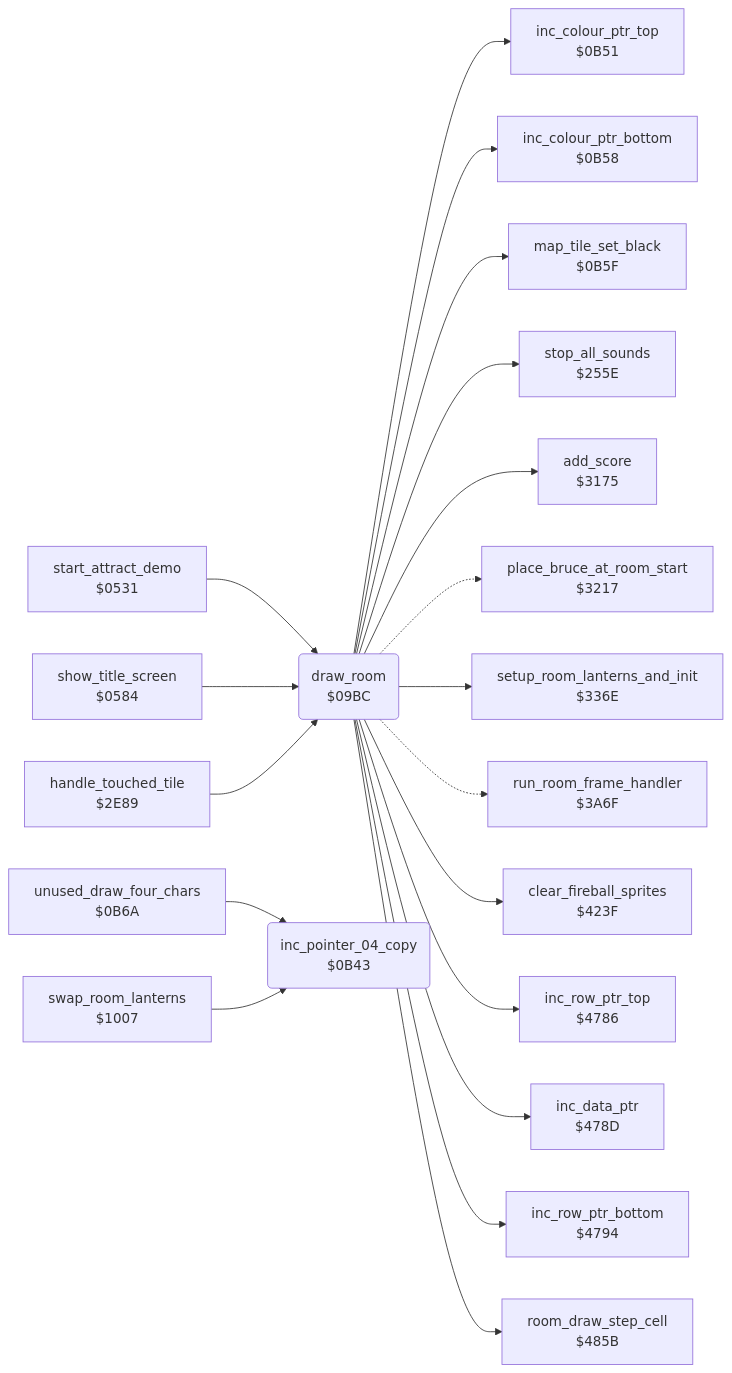
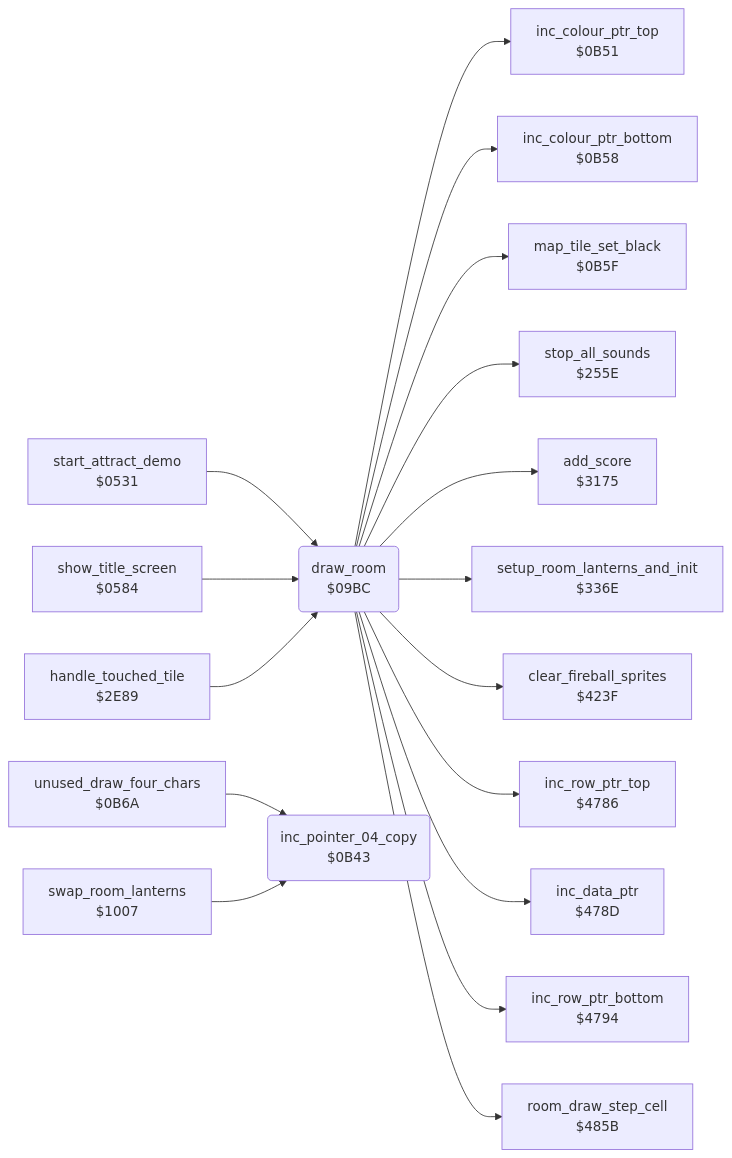
The diagram in bruce_lee/docs/reference/modules/room/draw_room.md (henols/c64_games), drawn with Mermaid before and after one commit. The commit also changed other lines of this file and 236 other files, not shown here.

First line of the commit message:
Bruce Lee: rework to recordings and replays, and the room-change freeze of the original

````diff
--- a/bruce_lee/docs/reference/modules/room/draw_room.md
+++ b/bruce_lee/docs/reference/modules/room/draw_room.md
@@ -10,41 +17,37 @@
 ```mermaid
 flowchart LR
   n0531["start_attract_demo<br/>$0531"]
   n0584["show_title_screen<br/>$0584"]
   n09bc("draw_room<br/>$09BC")
   n0b43("inc_pointer_04_copy<br/>$0B43")
   n0b51["inc_colour_ptr_top<br/>$0B51"]
   n0b58["inc_colour_ptr_bottom<br/>$0B58"]
   n0b5f["map_tile_set_black<br/>$0B5F"]
   n0b6a["unused_draw_four_chars<br/>$0B6A"]
   n1007["swap_room_lanterns<br/>$1007"]
   n255e["stop_all_sounds<br/>$255E"]
   n2e89["handle_touched_tile<br/>$2E89"]
   n3175["add_score<br/>$3175"]
-  n3217["place_bruce_at_room_start<br/>$3217"]
   n336e["setup_room_lanterns_and_init<br/>$336E"]
-  n3a6f["run_room_frame_handler<br/>$3A6F"]
   n423f["clear_fireball_sprites<br/>$423F"]
   n4786["inc_row_ptr_top<br/>$4786"]
   n478d["inc_data_ptr<br/>$478D"]
   n4794["inc_row_ptr_bottom<br/>$4794"]
   n485b["room_draw_step_cell<br/>$485B"]
   n0531 --> n09bc
   n0584 --> n09bc
   n09bc --> n0b51
   n09bc --> n0b58
   n09bc --> n0b5f
   n09bc --> n255e
   n09bc --> n3175
-  n09bc -.-> n3217
   n09bc --> n336e
-  n09bc -.-> n3a6f
   n09bc --> n423f
   n09bc --> n4786
   n09bc --> n478d
   n09bc --> n4794
   n09bc --> n485b
   n0b6a --> n0b43
   n1007 --> n0b43
   n2e89 --> n09bc
 ```
````
